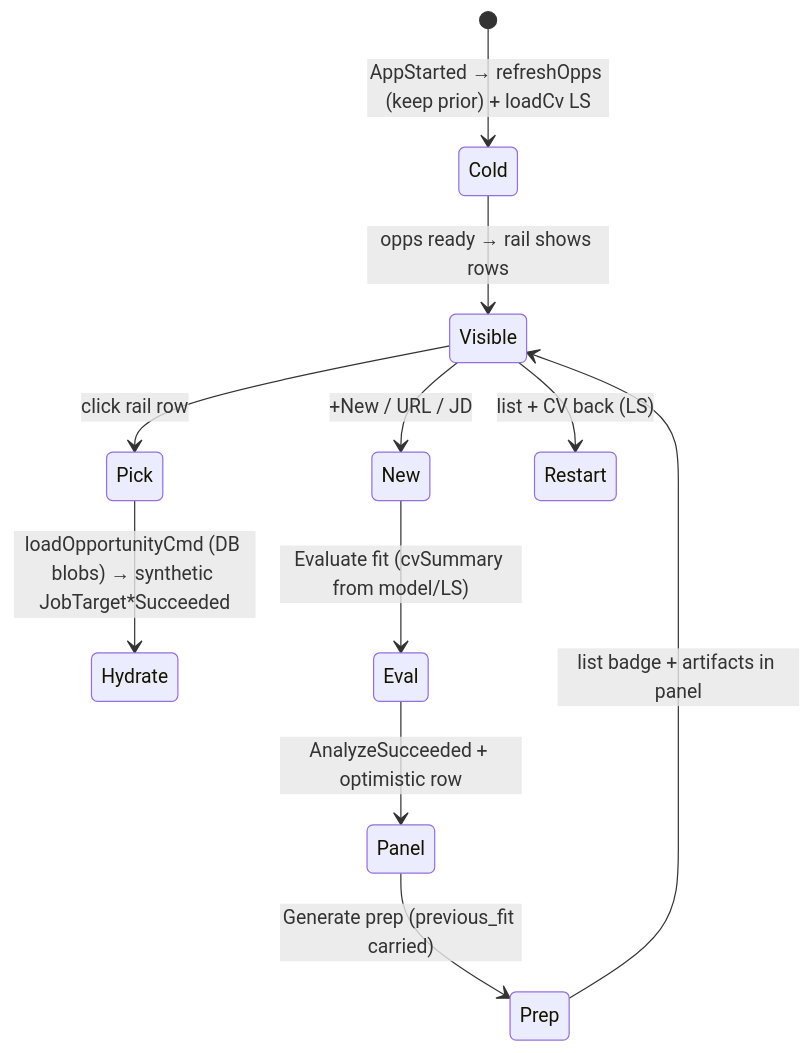
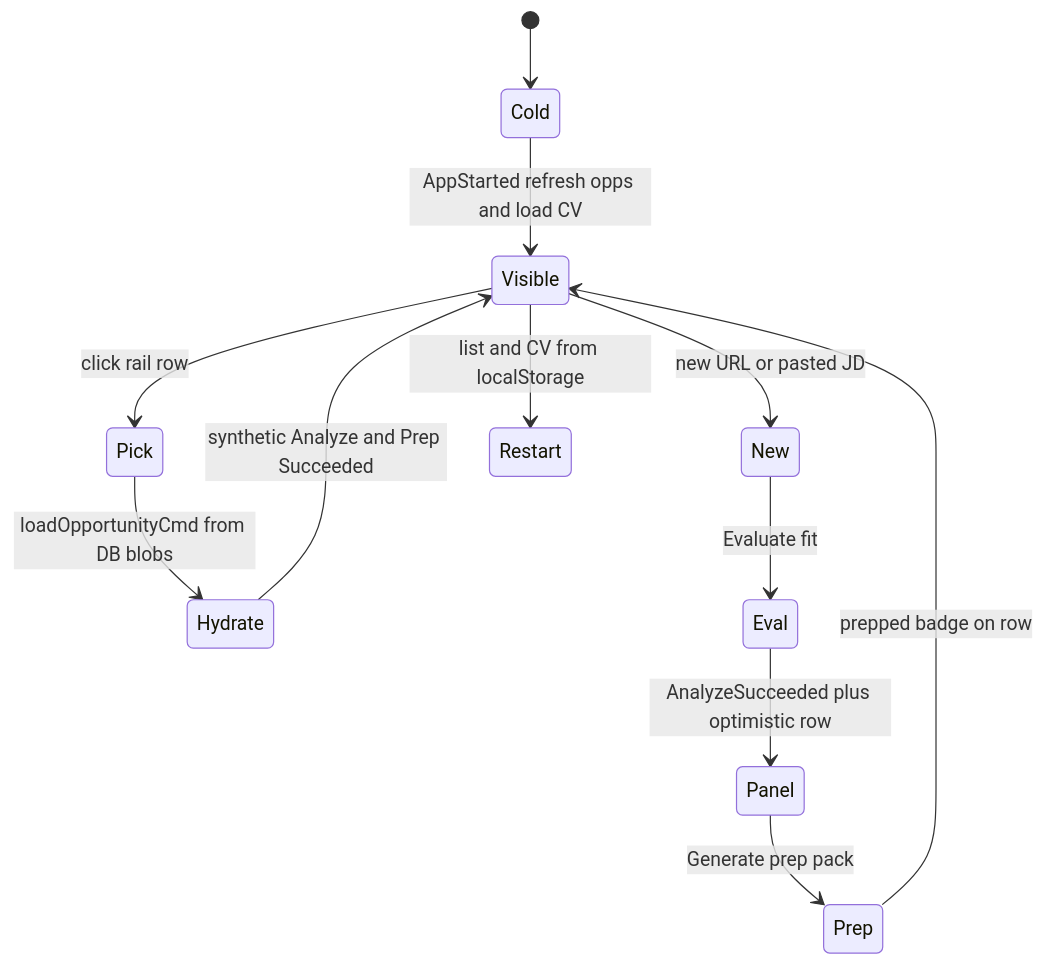
One commit to p10ns11y/collab-finder changed diagram 14 of 18 in reports/intuitive-shell-plan.md. Above: the diagram before and after it, drawn with Mermaid. The commit also changed other lines of this file and 1 other file, not shown here.

First line of the commit message:
docs: fix GitHub Mermaid parse errors in planning reports

````diff
--- a/reports/intuitive-shell-plan.md
+++ b/reports/intuitive-shell-plan.md
@@ -448,13 +450,14 @@
 ```mermaid
 stateDiagram-v2
-  [*] --> Cold: AppStarted → refreshOpps (keep prior) + loadCv LS
-  Cold --> Visible: opps ready → rail shows rows
+  [*] --> Cold
+  Cold --> Visible: AppStarted refresh opps and load CV
   Visible --> Pick: click rail row
-  Pick --> Hydrate: loadOpportunityCmd (DB blobs) → synthetic JobTarget*Succeeded
-  Visible --> New: +New / URL / JD
-  New --> Eval: Evaluate fit (cvSummary from model/LS)
-  Eval --> Panel: AnalyzeSucceeded + optimistic row
-  Panel --> Prep: Generate prep (previous_fit carried)
-  Prep --> Visible: list badge + artifacts in panel
-  Visible --> Restart: list + CV back (LS)
+  Pick --> Hydrate: loadOpportunityCmd from DB blobs
+  Hydrate --> Visible: synthetic Analyze and Prep Succeeded
+  Visible --> New: new URL or pasted JD
+  New --> Eval: Evaluate fit
+  Eval --> Panel: AnalyzeSucceeded plus optimistic row
+  Panel --> Prep: Generate prep pack
+  Prep --> Visible: prepped badge on row
+  Visible --> Restart: list and CV from localStorage
 ```
````
